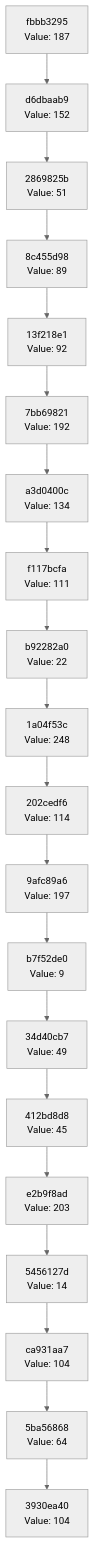
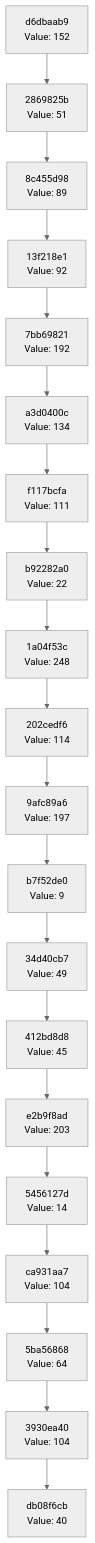
Before and after one commit to Abhisheksinha1506/hash-chain-evolver: the diagram in docs/CHAIN_VISUALIZATION.md, drawn with Mermaid (neutral theme). The commit also changed 3 other files, not shown here.

````diff
--- a/docs/CHAIN_VISUALIZATION.md
+++ b/docs/CHAIN_VISUALIZATION.md
@@ -3,42 +3,42 @@
 ```mermaid
 graph TD
-    C0["3930ea40<br/>Value: 104"]
-    C1["5ba56868<br/>Value: 64"]
+    C0["db08f6cb<br/>Value: 40"]
+    C1["3930ea40<br/>Value: 104"]
     C1 --> C0
-    C2["ca931aa7<br/>Value: 104"]
+    C2["5ba56868<br/>Value: 64"]
     C2 --> C1
-    C3["5456127d<br/>Value: 14"]
+    C3["ca931aa7<br/>Value: 104"]
     C3 --> C2
-    C4["e2b9f8ad<br/>Value: 203"]
+    C4["5456127d<br/>Value: 14"]
     C4 --> C3
-    C5["412bd8d8<br/>Value: 45"]
+    C5["e2b9f8ad<br/>Value: 203"]
     C5 --> C4
-    C6["34d40cb7<br/>Value: 49"]
+    C6["412bd8d8<br/>Value: 45"]
     C6 --> C5
-    C7["b7f52de0<br/>Value: 9"]
+    C7["34d40cb7<br/>Value: 49"]
     C7 --> C6
-    C8["9afc89a6<br/>Value: 197"]
+    C8["b7f52de0<br/>Value: 9"]
     C8 --> C7
-    C9["202cedf6<br/>Value: 114"]
+    C9["9afc89a6<br/>Value: 197"]
     C9 --> C8
-    C10["1a04f53c<br/>Value: 248"]
+    C10["202cedf6<br/>Value: 114"]
     C10 --> C9
-    C11["b92282a0<br/>Value: 22"]
+    C11["1a04f53c<br/>Value: 248"]
     C11 --> C10
-    C12["f117bcfa<br/>Value: 111"]
+    C12["b92282a0<br/>Value: 22"]
     C12 --> C11
-    C13["a3d0400c<br/>Value: 134"]
+    C13["f117bcfa<br/>Value: 111"]
     C13 --> C12
-    C14["7bb69821<br/>Value: 192"]
+    C14["a3d0400c<br/>Value: 134"]
     C14 --> C13
-    C15["13f218e1<br/>Value: 92"]
+    C15["7bb69821<br/>Value: 192"]
     C15 --> C14
-    C16["8c455d98<br/>Value: 89"]
+    C16["13f218e1<br/>Value: 92"]
     C16 --> C15
-    C17["2869825b<br/>Value: 51"]
+    C17["8c455d98<br/>Value: 89"]
     C17 --> C16
-    C18["d6dbaab9<br/>Value: 152"]
+    C18["2869825b<br/>Value: 51"]
     C18 --> C17
-    C19["fbbb3295<br/>Value: 187"]
+    C19["d6dbaab9<br/>Value: 152"]
     C19 --> C18
 ```
````
